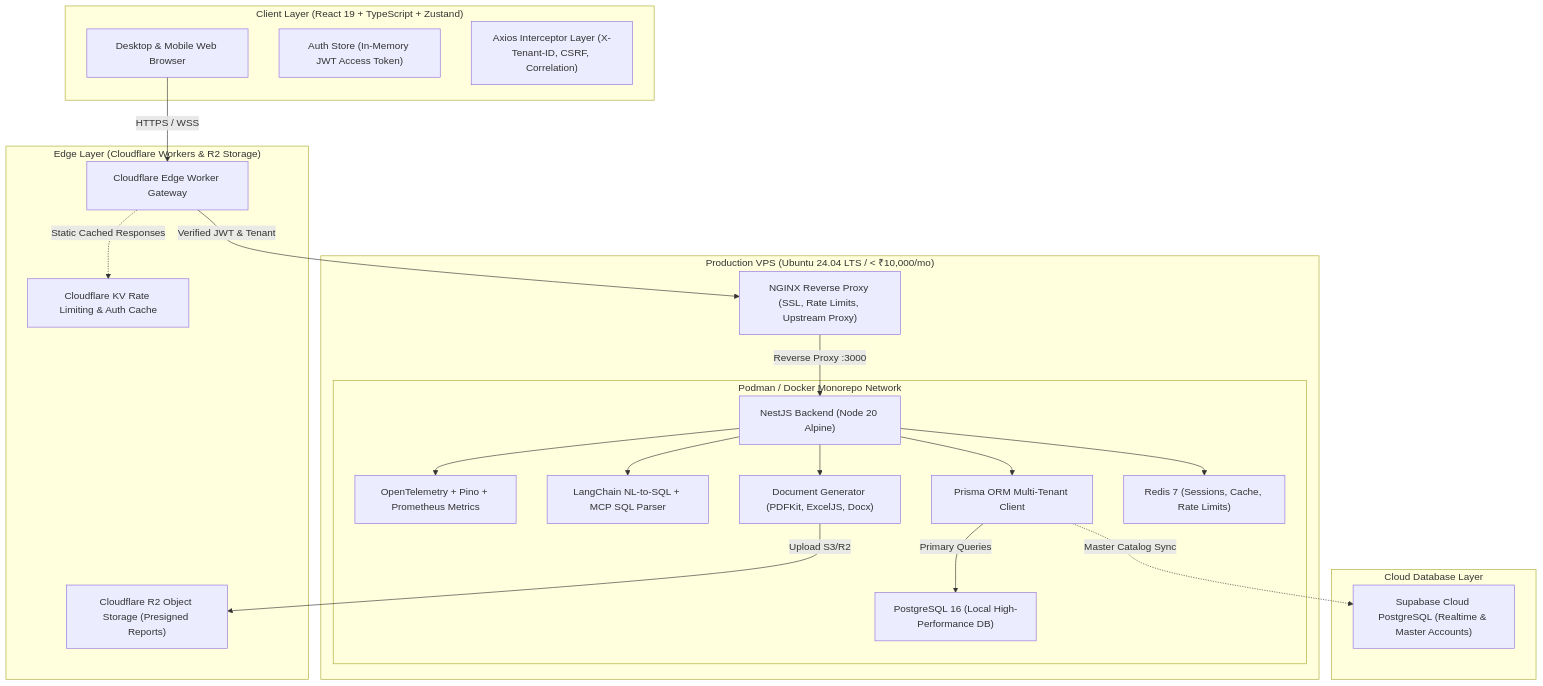
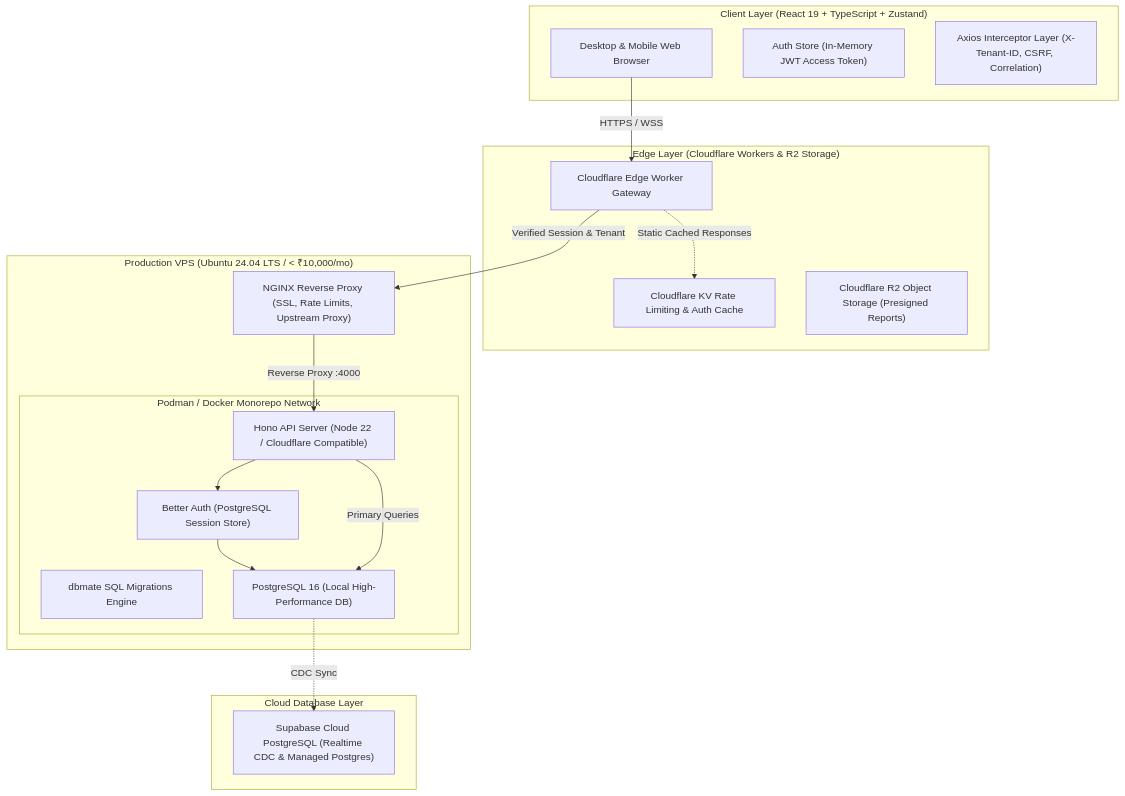
The diagram in docs/ARCHITECTURE_RUNBOOK.md (datastock2025-prog/SP-PLASTECH), drawn with Mermaid before and after one commit. The commit also changed other lines of this file and 20 other files, not shown here.

````diff
--- a/docs/ARCHITECTURE_RUNBOOK.md
+++ b/docs/ARCHITECTURE_RUNBOOK.md
@@ -7,45 +7,38 @@
 ```mermaid
 flowchart TD
     subgraph Client ["Client Layer (React 19 + TypeScript + Zustand)"]
         Browser["Desktop & Mobile Web Browser"]
         Zustand["Auth Store (In-Memory JWT Access Token)"]
         Axios["Axios Interceptor Layer (X-Tenant-ID, CSRF, Correlation)"]
     end
 
     subgraph Edge ["Edge Layer (Cloudflare Workers & R2 Storage)"]
         CF_Worker["Cloudflare Edge Worker Gateway"]
         CF_KV["Cloudflare KV Rate Limiting & Auth Cache"]
         CF_R2["Cloudflare R2 Object Storage (Presigned Reports)"]
     end
 
     subgraph VPS ["Production VPS (Ubuntu 24.04 LTS / < ₹10,000/mo)"]
         NGINX["NGINX Reverse Proxy (SSL, Rate Limits, Upstream Proxy)"]
         
         subgraph Docker ["Podman / Docker Monorepo Network"]
-            NestJS["NestJS Backend (Node 20 Alpine)"]
-            OTEL["OpenTelemetry + Pino + Prometheus Metrics"]
-            LangChain["LangChain NL-to-SQL + MCP SQL Parser"]
-            DocGen["Document Generator (PDFKit, ExcelJS, Docx)"]
-            Prisma["Prisma ORM Multi-Tenant Client"]
-            Redis["Redis 7 (Sessions, Cache, Rate Limits)"]
+            HonoAPI["Hono API Server (Node 22 / Cloudflare Compatible)"]
+            BetterAuth["Better Auth (PostgreSQL Session Store)"]
+            Dbmate["dbmate SQL Migrations Engine"]
             LocalPG["PostgreSQL 16 (Local High-Performance DB)"]
         end
     end
 
     subgraph CloudDB ["Cloud Database Layer"]
-        Supabase["Supabase Cloud PostgreSQL (Realtime & Master Accounts)"]
+        Supabase["Supabase Cloud PostgreSQL (Realtime CDC & Managed Postgres)"]
     end
 
     Browser -->|HTTPS / WSS| CF_Worker
-    CF_Worker -->|Verified JWT & Tenant| NGINX
+    CF_Worker -->|Verified Session & Tenant| NGINX
     CF_Worker -.->|Static Cached Responses| CF_KV
-    NGINX -->|Reverse Proxy :3000| NestJS
-    NestJS --> LangChain
-    NestJS --> DocGen
-    DocGen -->|Upload S3/R2| CF_R2
-    NestJS --> OTEL
-    NestJS --> Redis
-    NestJS --> Prisma
-    Prisma -->|Primary Queries| LocalPG
-    Prisma -.->|Master Catalog Sync| Supabase
+    NGINX -->|Reverse Proxy :4000| HonoAPI
+    HonoAPI --> BetterAuth
+    BetterAuth --> LocalPG
+    HonoAPI -->|Primary Queries| LocalPG
+    LocalPG -.->|CDC Sync| Supabase
 ```
````
